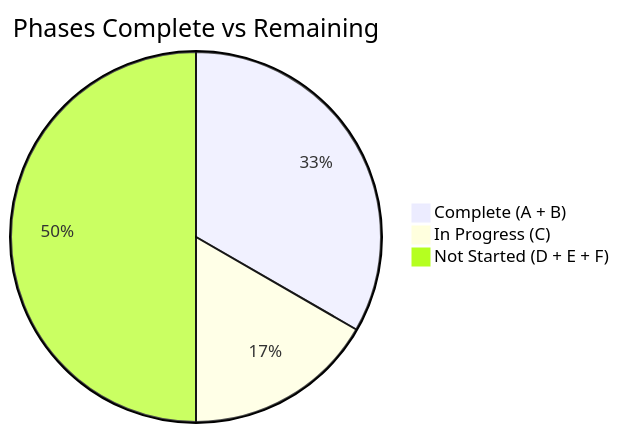
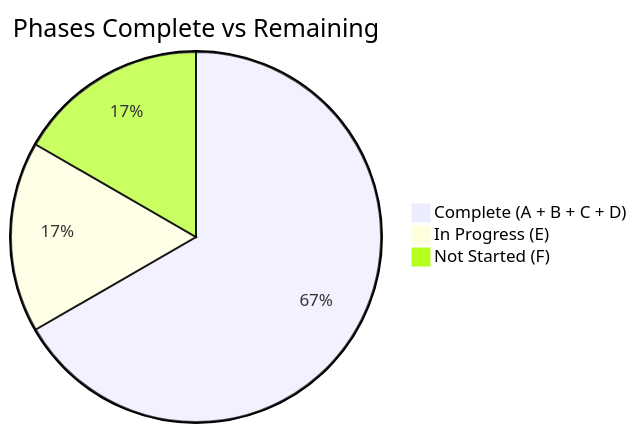
Before and after one commit to MoaminShikha/student-expense-tracker: the second of 25 diagrams in Docs/stage1_implementation_status.md, drawn with Mermaid. The commit also changed other lines of this file and 6 other files, not shown here.

````diff
--- a/Docs/stage1_implementation_status.md
+++ b/Docs/stage1_implementation_status.md
@@ -52,6 +52,6 @@
 ```mermaid
 pie title Phases Complete vs Remaining
-    "Complete (A + B)" : 2
-    "In Progress (C)" : 1
-    "Not Started (D + E + F)" : 3
+    "Complete (A + B + C + D)" : 4
+    "In Progress (E)" : 1
+    "Not Started (F)" : 1
 ```
````
